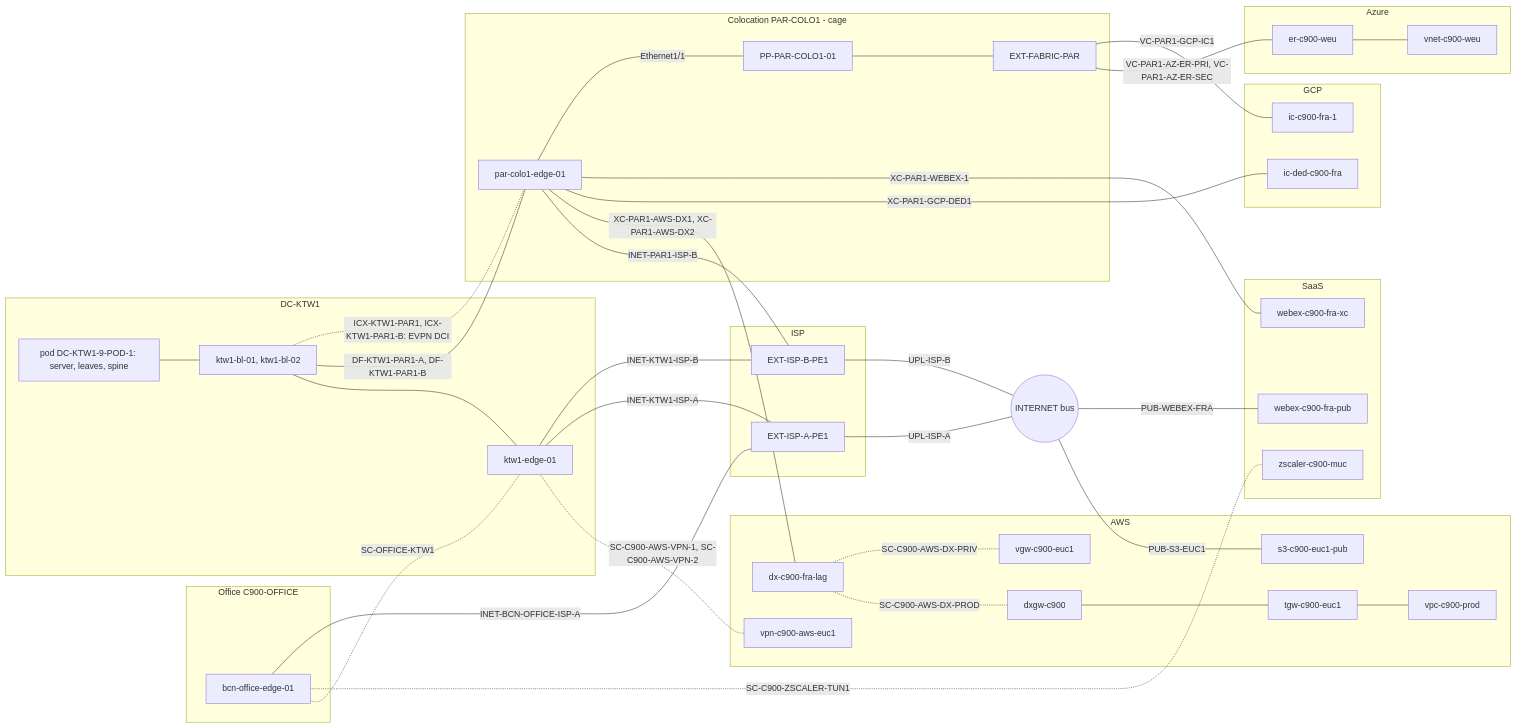
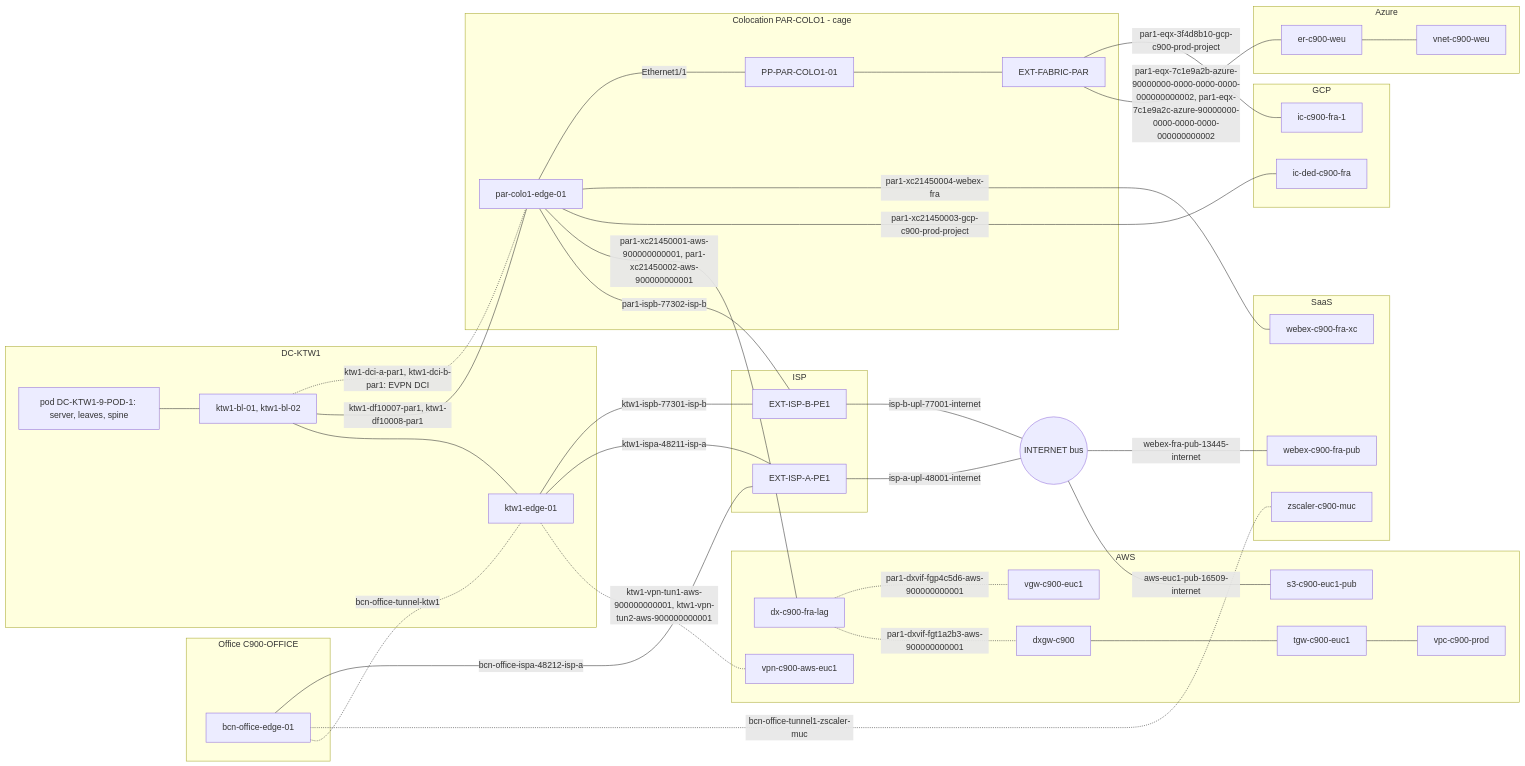
Before and after one commit to t0m3kz/infrahub-demo: the second of 4 diagrams in data/demos/00_full_topology/README.md, drawn with Mermaid. The commit also changed other lines of this file and 77 other files, not shown here.

First line of the commit message:
feat!: cloud spoke accounts, circuit names by their ends, a topology diagram and patch panels built from their type (#265)

````diff
--- a/data/demos/00_full_topology/README.md
+++ b/data/demos/00_full_topology/README.md
@@ -71,70 +141,70 @@
 ```mermaid
 flowchart LR
   subgraph OFFICE["Office C900-OFFICE"]
     OE["bcn-office-edge-01"]
   end
   subgraph DC["DC-KTW1"]
     DPOD["pod DC-KTW1-9-POD-1: server, leaves, spine"]
     BL["ktw1-bl-01, ktw1-bl-02"]
     DE["ktw1-edge-01"]
   end
   subgraph COLO["Colocation PAR-COLO1 - cage"]
     CE["par-colo1-edge-01"]
     CP["PP-PAR-COLO1-01"]
     CF["EXT-FABRIC-PAR"]
   end
   subgraph ISP["ISP"]
     PA["EXT-ISP-A-PE1"]
     PB["EXT-ISP-B-PE1"]
   end
   NET(("INTERNET bus"))
   subgraph AWS["AWS"]
     DX["dx-c900-fra-lag"]
     DXGW["dxgw-c900"]
     TGW["tgw-c900-euc1"]
     VPC["vpc-c900-prod"]
     VGW["vgw-c900-euc1"]
     VPN["vpn-c900-aws-euc1"]
     S3["s3-c900-euc1-pub"]
   end
   subgraph AZ["Azure"]
     ER["er-c900-weu"]
     VNET["vnet-c900-weu"]
   end
   subgraph GCP["GCP"]
     GDED["ic-ded-c900-fra"]
     GIC["ic-c900-fra-1"]
   end
   subgraph SAAS["SaaS"]
     WX["webex-c900-fra-xc"]
     WXP["webex-c900-fra-pub"]
     ZS["zscaler-c900-muc"]
   end
   DPOD --- BL
   BL --- DE
-  BL ---|"DF-KTW1-PAR1-A, DF-KTW1-PAR1-B"| CE
-  BL -.-|"ICX-KTW1-PAR1, ICX-KTW1-PAR1-B: EVPN DCI"| CE
-  OE -.-|"SC-OFFICE-KTW1"| DE
-  OE -.-|"SC-C900-ZSCALER-TUN1"| ZS
-  DE -.-|"SC-C900-AWS-VPN-1, SC-C900-AWS-VPN-2"| VPN
-  OE ---|"INET-BCN-OFFICE-ISP-A"| PA
-  DE ---|"INET-KTW1-ISP-A"| PA
-  DE ---|"INET-KTW1-ISP-B"| PB
-  CE ---|"INET-PAR1-ISP-B"| PB
-  PA ---|"UPL-ISP-A"| NET
-  PB ---|"UPL-ISP-B"| NET
-  NET ---|"PUB-S3-EUC1"| S3
-  NET ---|"PUB-WEBEX-FRA"| WXP
-  CE ---|"XC-PAR1-AWS-DX1, XC-PAR1-AWS-DX2"| DX
-  CE ---|"XC-PAR1-GCP-DED1"| GDED
-  CE ---|"XC-PAR1-WEBEX-1"| WX
+  BL ---|"ktw1-df10007-par1, ktw1-df10008-par1"| CE
+  BL -.-|"ktw1-dci-a-par1, ktw1-dci-b-par1: EVPN DCI"| CE
+  OE -.-|"bcn-office-tunnel-ktw1"| DE
+  OE -.-|"bcn-office-tunnel1-zscaler-muc"| ZS
+  DE -.-|"ktw1-vpn-tun1-aws-900000000001, ktw1-vpn-tun2-aws-900000000001"| VPN
+  OE ---|"bcn-office-ispa-48212-isp-a"| PA
+  DE ---|"ktw1-ispa-48211-isp-a"| PA
+  DE ---|"ktw1-ispb-77301-isp-b"| PB
+  CE ---|"par1-ispb-77302-isp-b"| PB
+  PA ---|"isp-a-upl-48001-internet"| NET
+  PB ---|"isp-b-upl-77001-internet"| NET
+  NET ---|"aws-euc1-pub-16509-internet"| S3
+  NET ---|"webex-fra-pub-13445-internet"| WXP
+  CE ---|"par1-xc21450001-aws-900000000001, par1-xc21450002-aws-900000000001"| DX
+  CE ---|"par1-xc21450003-gcp-c900-prod-project"| GDED
+  CE ---|"par1-xc21450004-webex-fra"| WX
   CE ---|"Ethernet1/1"| CP
   CP --- CF
-  CF ---|"VC-PAR1-AZ-ER-PRI, VC-PAR1-AZ-ER-SEC"| ER
-  CF ---|"VC-PAR1-GCP-IC1"| GIC
-  DX -.-|"SC-C900-AWS-DX-PROD"| DXGW
+  CF ---|"par1-eqx-7c1e9a2b-azure-90000000-0000-0000-0000-000000000002, par1-eqx-7c1e9a2c-azure-90000000-0000-0000-0000-000000000002"| ER
+  CF ---|"par1-eqx-3f4d8b10-gcp-c900-prod-project"| GIC
+  DX -.-|"par1-dxvif-fgt1a2b3-aws-900000000001"| DXGW
   DXGW --- TGW
   TGW --- VPC
-  DX -.-|"SC-C900-AWS-DX-PRIV"| VGW
+  DX -.-|"par1-dxvif-fgp4c5d6-aws-900000000001"| VGW
   ER --- VNET
 ```
````
